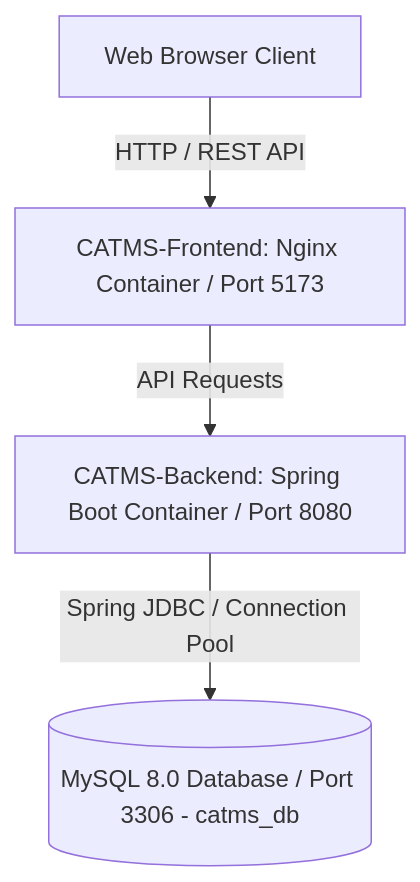
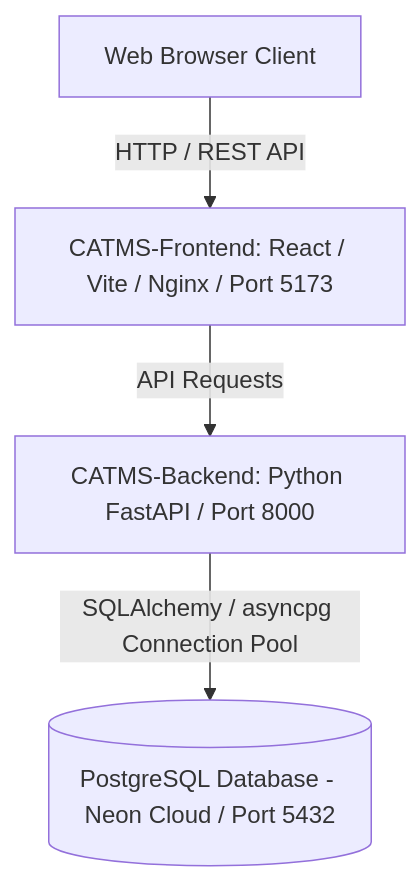
The diagram in architecture.md (datanexus-cs3043/project-docs), drawn with Mermaid before and after one commit. The commit also changed other lines of this file and 1 other file, not shown here.

Commit message:
docs(architecture): update tech stack to Python FastAPI and PostgreSQL on Neon

````diff
--- a/architecture.md
+++ b/architecture.md
@@ -7,6 +7,6 @@
 ```mermaid
 graph TD
-    Client[Web Browser Client] -->|HTTP / REST API| Frontend[CATMS-Frontend: Nginx Container / Port 5173]
-    Frontend -->|API Requests| Backend[CATMS-Backend: Spring Boot Container / Port 8080]
-    Backend -->|Spring JDBC / Connection Pool| Database[(MySQL 8.0 Database / Port 3306 - catms_db)]
+    Client[Web Browser Client] -->|HTTP / REST API| Frontend[CATMS-Frontend: React / Vite / Nginx / Port 5173]
+    Frontend -->|API Requests| Backend[CATMS-Backend: Python FastAPI / Port 8000]
+    Backend -->|SQLAlchemy / asyncpg Connection Pool| Database[(PostgreSQL Database - Neon Cloud / Port 5432)]
 ```
````
